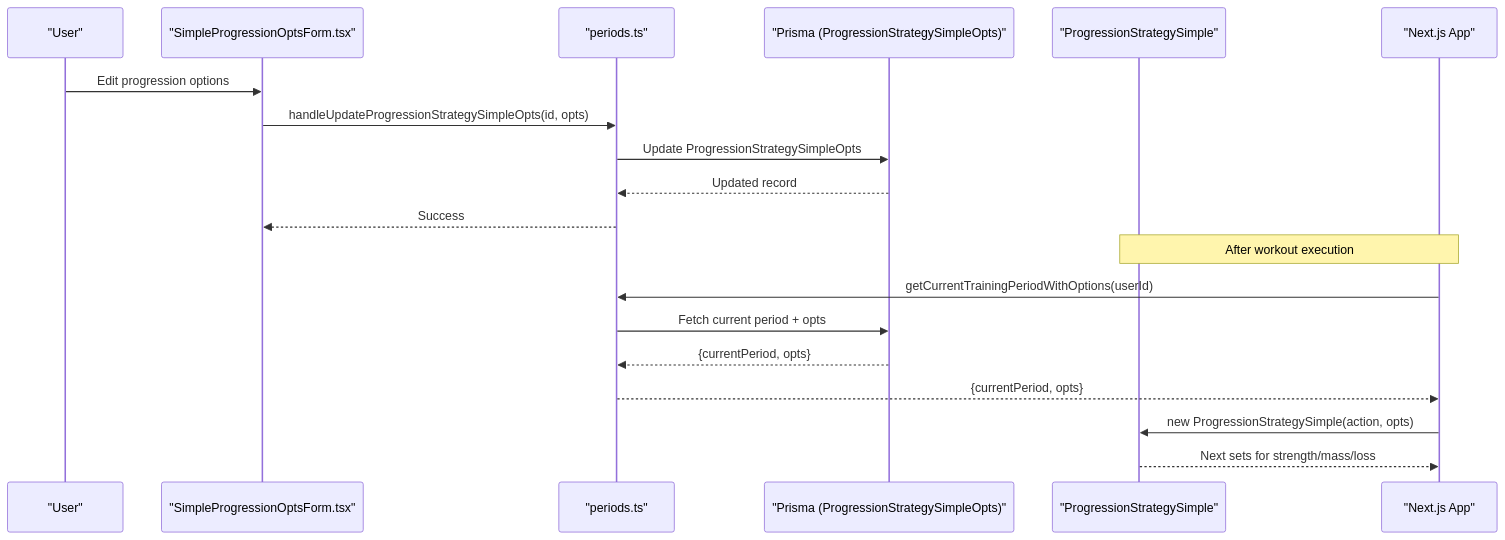
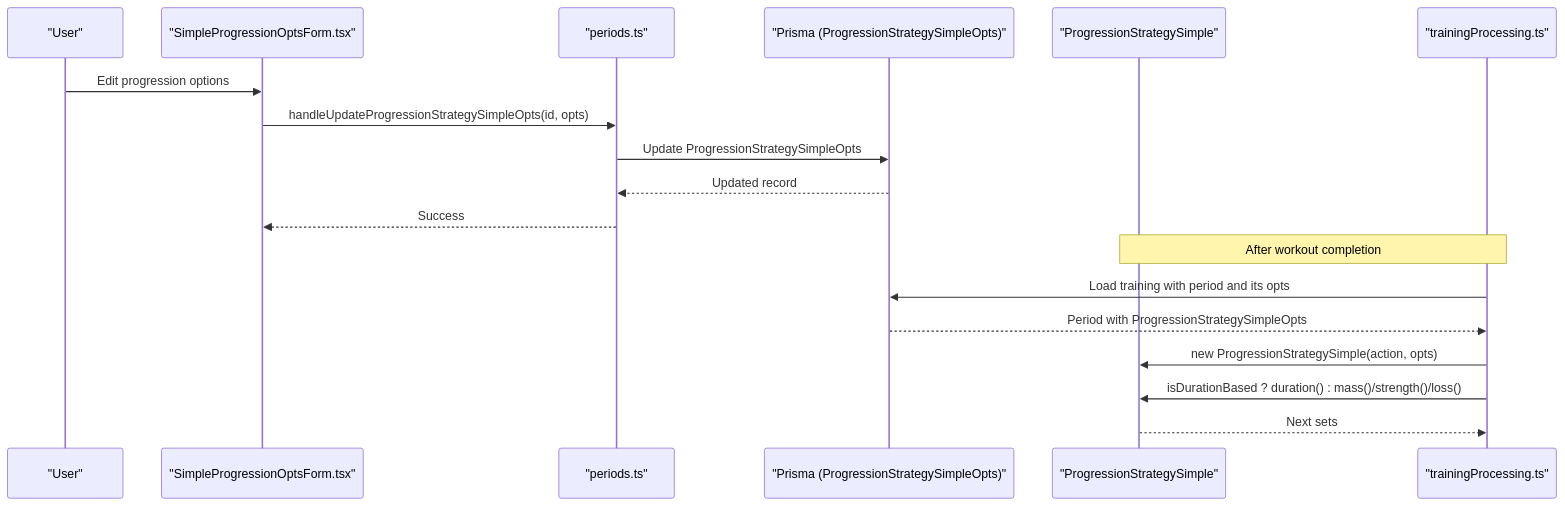
One commit to Dezzpil/meingym changed the second of 9 diagrams in .qoder/repowiki/en/content/Core Business Logic/Progression Strategies.md. Above: the diagram before and after it, drawn with Mermaid. The commit also changed other lines of this file and 12 other files, not shown here.

````diff
--- a/.qoder/repowiki/en/content/Core Business Logic/Progression Strategies.md
+++ b/.qoder/repowiki/en/content/Core Business Logic/Progression Strategies.md
@@ -95,21 +109,20 @@
 ```mermaid
 sequenceDiagram
 participant User as "User"
 participant UI as "SimpleProgressionOptsForm.tsx"
 participant Periods as "periods.ts"
 participant DB as "Prisma (ProgressionStrategySimpleOpts)"
 participant Strategy as "ProgressionStrategySimple"
-participant App as "Next.js App"
+participant App as "trainingProcessing.ts"
 User->>UI : Edit progression options
 UI->>Periods : handleUpdateProgressionStrategySimpleOpts(id, opts)
 Periods->>DB : Update ProgressionStrategySimpleOpts
 DB-->>Periods : Updated record
 Periods-->>UI : Success
-Note over App,Strategy : After workout execution
-App->>Periods : getCurrentTrainingPeriodWithOptions(userId)
-Periods->>DB : Fetch current period + opts
-DB-->>Periods : {currentPeriod, opts}
-Periods-->>App : {currentPeriod, opts}
+Note over App,Strategy : After workout completion
+App->>DB : Load training with period and its opts
+DB-->>App : Period with ProgressionStrategySimpleOpts
 App->>Strategy : new ProgressionStrategySimple(action, opts)
-Strategy-->>App : Next sets for strength/mass/loss
+App->>Strategy : isDurationBased ? duration() : mass()/strength()/loss()
+Strategy-->>App : Next sets
 ```
````
